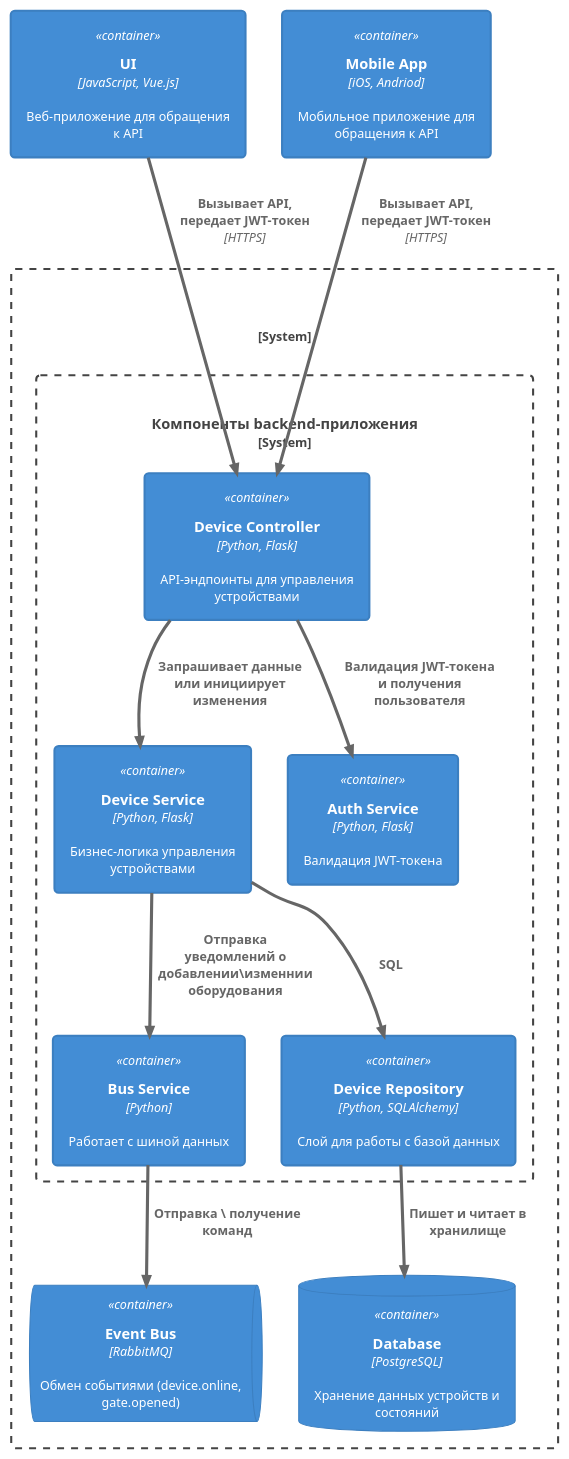
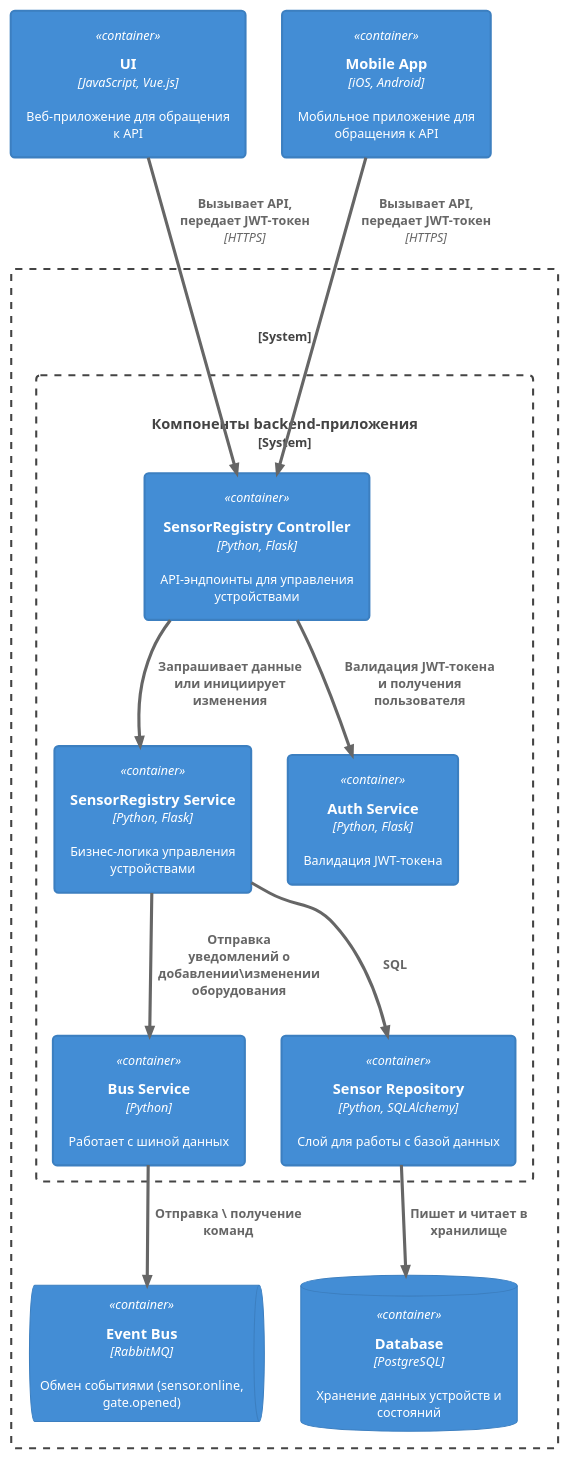
Before and after one commit to AlexDmitriev/architecture-pro-warmhouse: the diagram in diagrams/src/component/registry.wsd, drawn with PlantUML. The commit also changed 14 other files, not shown here.

Commit message:
Спринт 1: Переименовал device в sensor

```diff
--- a/diagrams/src/component/registry.wsd
+++ b/diagrams/src/component/registry.wsd
@@ -1,35 +1,35 @@
 @startuml
 !theme cerulean
 !include https://raw.githubusercontent.com/plantuml-stdlib/C4-PlantUML/master/C4_Container.puml
 
 Container(ui, "UI", "JavaScript, Vue.js", "Веб-приложение для обращения к API")
-Container(mobile, "Mobile App", "iOS, Andriod", "Мобильное приложение для обращения к API")
+Container(mobile, "Mobile App", "iOS, Android", "Мобильное приложение для обращения к API")
 
 System_Boundary(c0, "") {
 
   System_Boundary(c1, "Компоненты backend-приложения") {
-    Container(deviceController, "Device Controller", "Python, Flask", "API-эндпоинты для управления устройствами")
-    Container(deviceService, "Device Service", "Python, Flask", "Бизнес-логика управления устройствами")
+    Container(sensorRegistryController, "SensorRegistry Controller", "Python, Flask", "API-эндпоинты для управления устройствами")
+    Container(sensorRegistryService, "SensorRegistry Service", "Python, Flask", "Бизнес-логика управления устройствами")
     Container(authService, "Auth Service", "Python, Flask", "Валидация JWT-токена")
     Container(bus, "Bus Service", "Python", "Работает с шиной данных")
-    Container(deviceRepository, "Device Repository", "Python, SQLAlchemy", "Слой для работы с базой данных")
+    Container(sensorRepository, "Sensor Repository", "Python, SQLAlchemy", "Слой для работы с базой данных")
   }
   
   ContainerDb(database, "Database", "PostgreSQL", "Хранение данных устройств и состояний")
-  ContainerQueue(eventBus, "Event Bus", "RabbitMQ", "Обмен событиями (device.online, gate.opened)")
+  ContainerQueue(eventBus, "Event Bus", "RabbitMQ", "Обмен событиями (sensor.online, gate.opened)")
 }
 
 
-Rel(ui, deviceController, "Вызывает API, передает JWT-токен", "HTTPS")
-Rel(mobile, deviceController, "Вызывает API, передает JWT-токен", "HTTPS")
-Rel(deviceController, authService, "Валидация JWT-токена и получения пользователя")
-Rel(deviceController, deviceService, "Запрашивает данные или инициирует изменения")
+Rel(ui, sensorRegistryController, "Вызывает API, передает JWT-токен", "HTTPS")
+Rel(mobile, sensorRegistryController, "Вызывает API, передает JWT-токен", "HTTPS")
+Rel(sensorRegistryController, authService, "Валидация JWT-токена и получения пользователя")
+Rel(sensorRegistryController, sensorRegistryService, "Запрашивает данные или инициирует изменения")
 
-Rel_D(deviceService, bus, "Отправка уведомлений о добавлении\изменнии оборудования")
+Rel_D(sensorRegistryService, bus, "Отправка уведомлений о добавлении\изменении оборудования")
 
 Rel(bus, eventBus, "Отправка \ получение команд")
 
-Rel(deviceService, deviceRepository, "SQL")
+Rel(sensorRegistryService, sensorRepository, "SQL")
 
-Rel_D(deviceRepository, database, "Пишет и читает в хранилище")
+Rel_D(sensorRepository, database, "Пишет и читает в хранилище")
 @enduml
```
